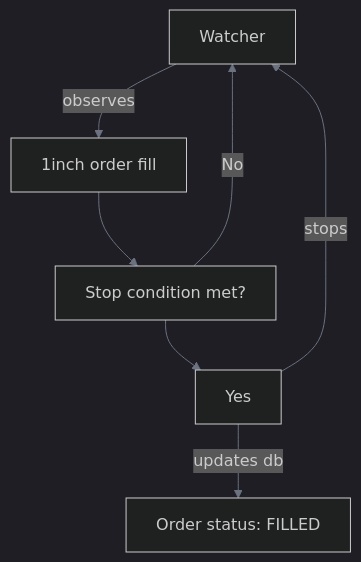
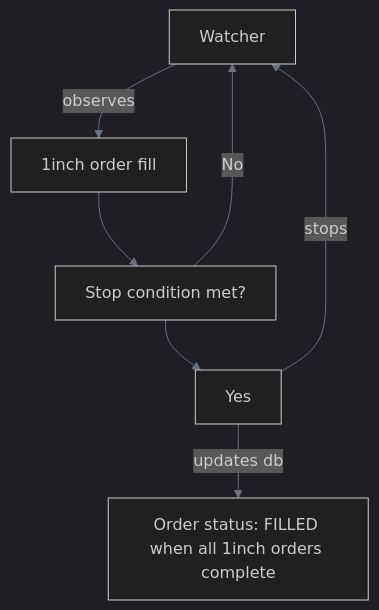
Before and after one commit to pde-rent/1edge: the fourth of 4 diagrams in docs/1edge/order-lifecycle.md, drawn with Mermaid. The commit also changed other lines of this file, not shown here.

First line of the commit message:
[docs] Update order lifecycle documentation with new status flow

````diff
--- a/docs/1edge/order-lifecycle.md
+++ b/docs/1edge/order-lifecycle.md
@@ -65,9 +65,9 @@
 ```mermaid
 %%{init: {'theme':'dark', 'themeVariables': {'primaryColor':'#22c55e','background':'transparent','primaryBorderColor':'#22c55e','lineColor':'#6b7280','sectionBkgColor':'transparent','altSectionBkgColor':'transparent','clusterBkg':'transparent','clusterBorder':'#6b7280'}}}%%
 graph TD
     A[Watcher] --"observes"--> B[1inch order fill]
     B --> C[Stop condition met?]
     C --> D[Yes] --stops--> A
     C --"No"--> A
-    D --updates db--> F[Order status: FILLED]
+    D --updates db--> F[Order status: FILLED when all 1inch orders complete]
 ```
````
